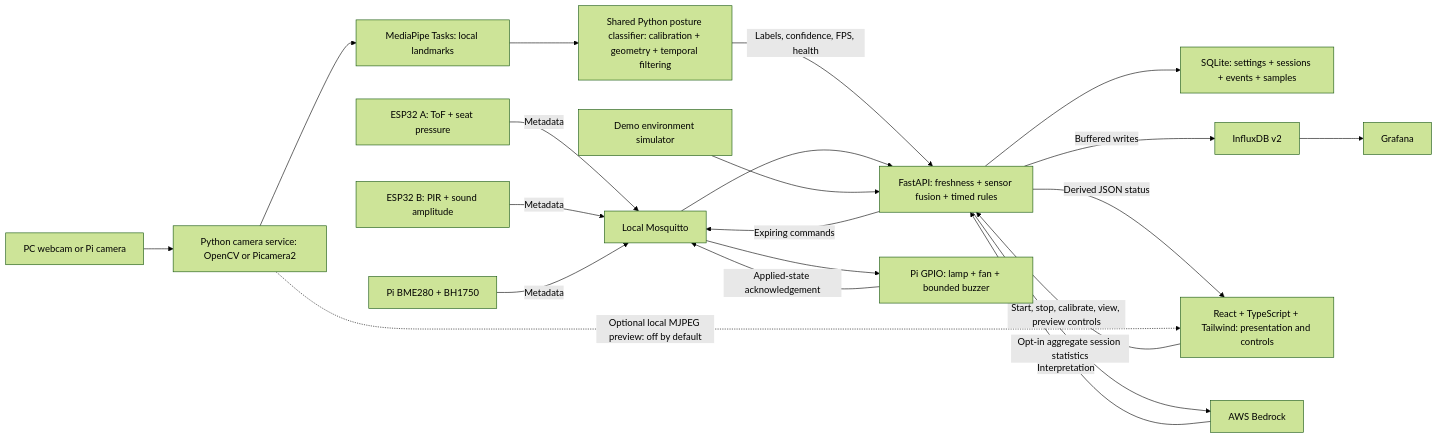
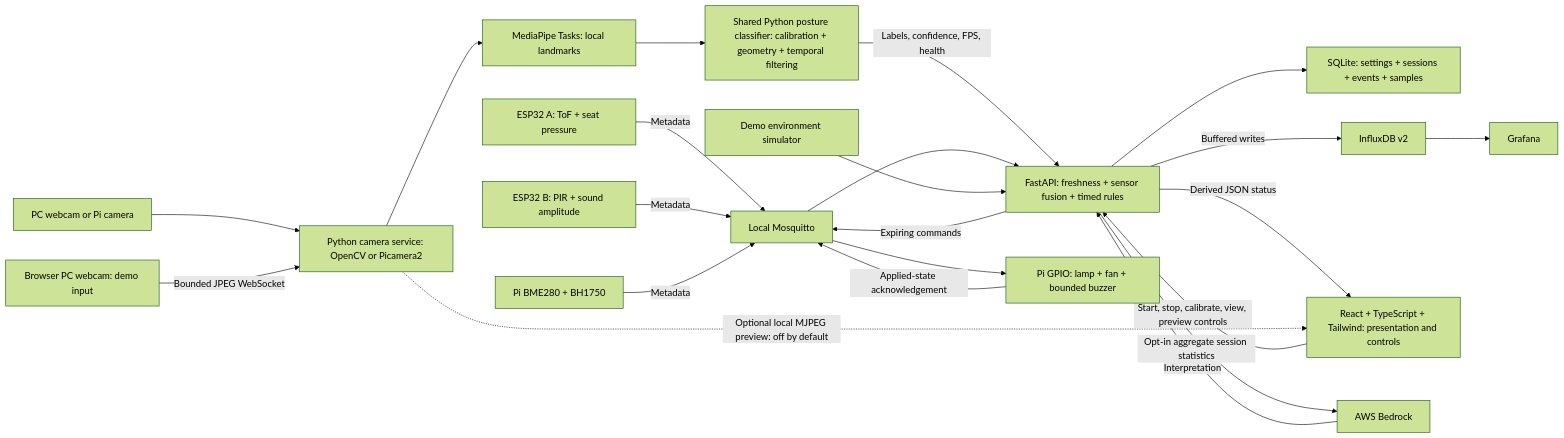
The diagram in docs/ARCHITECTURE.md (Ackaraphon1928/FocusGuard-Study-Desk01), drawn with Mermaid (forest theme) before and after one commit. The commit also changed other lines of this file and 22 other files, not shown here.

````diff
--- a/docs/ARCHITECTURE.md
+++ b/docs/ARCHITECTURE.md
@@ -5,23 +5,24 @@
 ```mermaid
 flowchart LR
     A[ESP32 A: ToF + seat pressure] -->|Metadata| M[Local Mosquitto]
     B[ESP32 B: PIR + sound amplitude] -->|Metadata| M
     E[Pi BME280 + BH1750] -->|Metadata| M
     PC[PC webcam or Pi camera] --> V[Python camera service: OpenCV or Picamera2]
+    BC[Browser PC webcam: demo input] -->|Bounded JPEG WebSocket| V
     V --> P[MediaPipe Tasks: local landmarks]
     P --> C[Shared Python posture classifier: calibration + geometry + temporal filtering]
     C -->|Labels, confidence, FPS, health| F[FastAPI: freshness + sensor fusion + timed rules]
     M --> F
     S[Demo environment simulator] --> F
     F --> Q[SQLite: settings + sessions + events + samples]
     F -->|Expiring commands| M
     M --> G[Pi GPIO: lamp + fan + bounded buzzer]
     G -->|Applied-state acknowledgement| M
     F -->|Buffered writes| I[InfluxDB v2]
     I --> R[Grafana]
     F -->|Derived JSON status| D[React + TypeScript + Tailwind: presentation and controls]
     D -->|Start, stop, calibrate, view, preview controls| F
     V -.->|Optional local MJPEG preview: off by default| D
     F -->|Opt-in aggregate session statistics| AI[AWS Bedrock]
     AI -->|Interpretation| F
 ```
````
